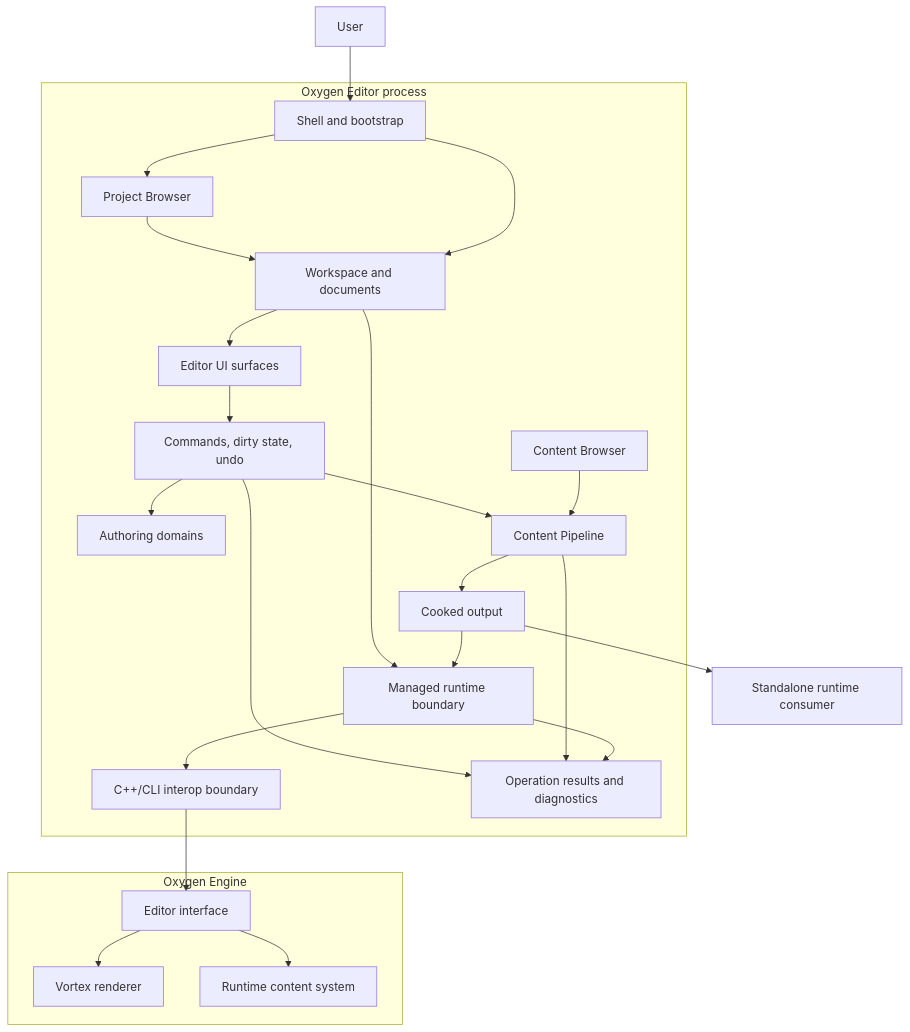
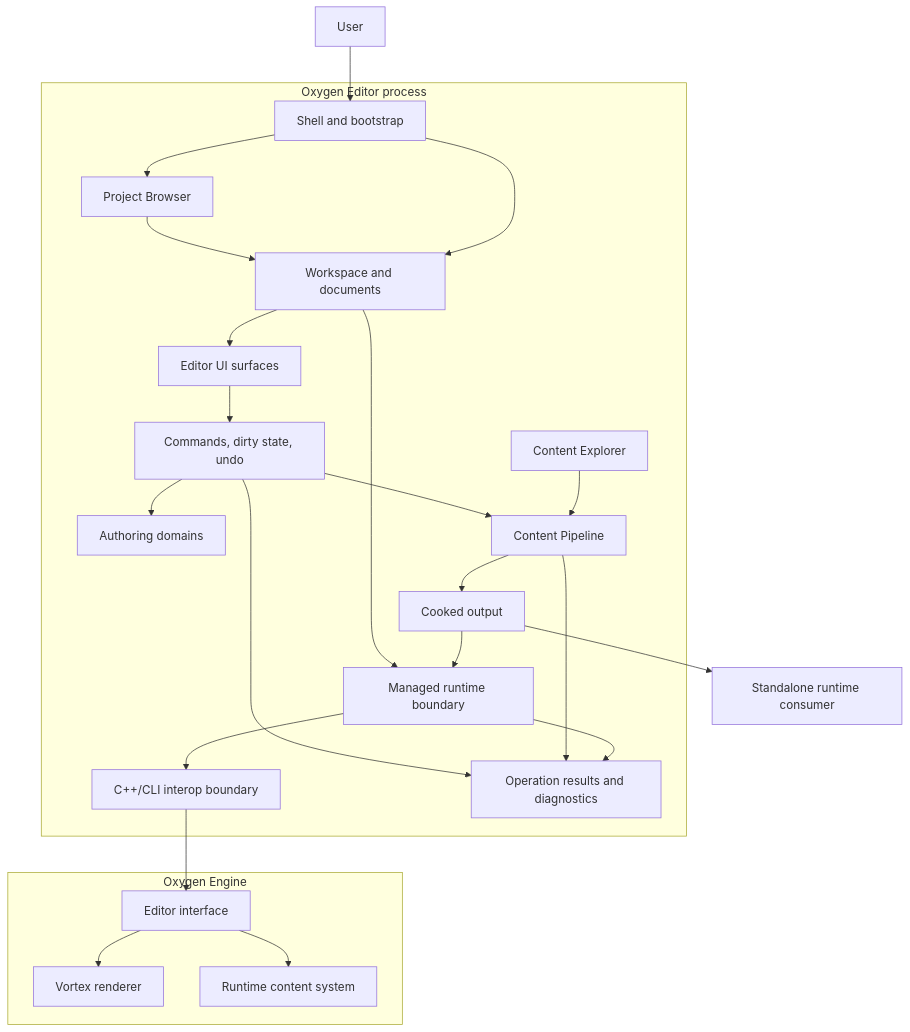
The first of 10 diagrams in design/editor/ARCHITECTURE.md (abdes/DroidNet), drawn with Mermaid before and after one commit. The commit also changed other lines of this file and 335 other files, not shown here.

````diff
--- a/design/editor/ARCHITECTURE.md
+++ b/design/editor/ARCHITECTURE.md
@@ -129,45 +129,45 @@
 ```mermaid
 flowchart TB
     User[User]
     subgraph Editor[Oxygen Editor process]
         Shell[Shell and bootstrap]
         PB[Project Browser]
         WS[Workspace and documents]
         UI[Editor UI surfaces]
         World[Authoring domains]
         Commands[Commands, dirty state, undo]
-        CB[Content Browser]
+        CB[Content Explorer]
         Pipeline[Content Pipeline]
         Runtime[Managed runtime boundary]
         Interop[C++/CLI interop boundary]
         Results[Operation results and diagnostics]
         Cooked[Cooked output]
     end
     subgraph Engine[Oxygen Engine]
         EngineInterface[Editor interface]
         Vortex[Vortex renderer]
         Content[Runtime content system]
     end
     Standalone[Standalone runtime consumer]
 
     User --> Shell
     Shell --> PB
     PB --> WS
     Shell --> WS
     WS --> UI
     UI --> Commands
     Commands --> World
     Commands --> Pipeline
     CB --> Pipeline
     Pipeline --> Cooked
     WS --> Runtime
     Runtime --> Interop
     Interop --> EngineInterface
     EngineInterface --> Vortex
     EngineInterface --> Content
     Cooked --> Runtime
     Cooked --> Standalone
     Commands --> Results
     Pipeline --> Results
     Runtime --> Results
 ```
````
